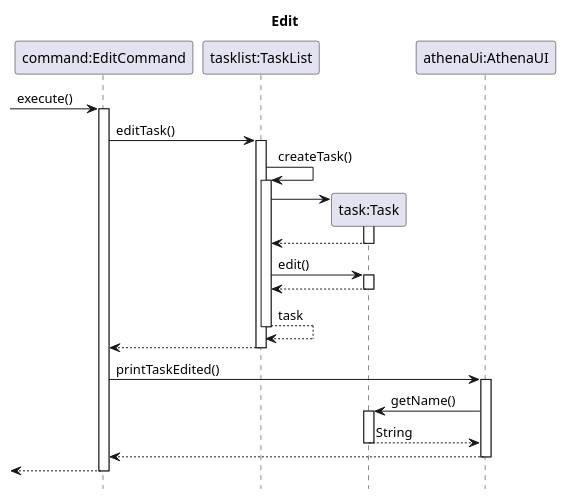
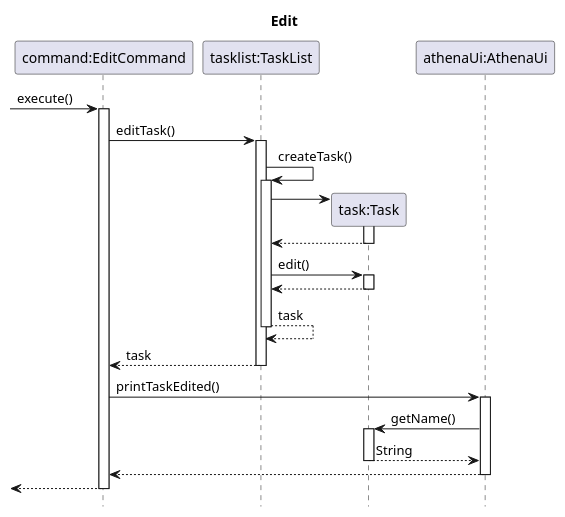
One commit to wish2023/tp changed the diagram in docs/sequenceDiagrams/EditCommand.puml. Above: the diagram before and after it, drawn with PlantUML. The commit also changed 7 other files, not shown here.

```diff
--- a/docs/sequenceDiagrams/EditCommand.puml
+++ b/docs/sequenceDiagrams/EditCommand.puml
@@ -1,26 +1,26 @@
 @startuml
 hide footbox
 title Edit
 
 participant "command:EditCommand" as EditCommand
 participant "tasklist:TaskList" as TaskList
 participant "task:Task" as Task
-participant "athenaUi:AthenaUI" as AthenaUI
+participant "athenaUi:AthenaUi" as AthenaUI
 
 ->EditCommand++: execute()
 EditCommand->TaskList++: editTask()
 TaskList->TaskList++: createTask()
 TaskList->Task**:
 activate Task
 Task-->TaskList--
 TaskList->Task++: edit()
 Task-->TaskList--:
 return task
-TaskList-->EditCommand--:
+TaskList-->EditCommand--:task
 EditCommand->AthenaUI++: printTaskEdited()
 AthenaUI->Task++:getName()
 return String
 AthenaUI-->EditCommand--:
 <--EditCommand--
 
 @enduml
```
